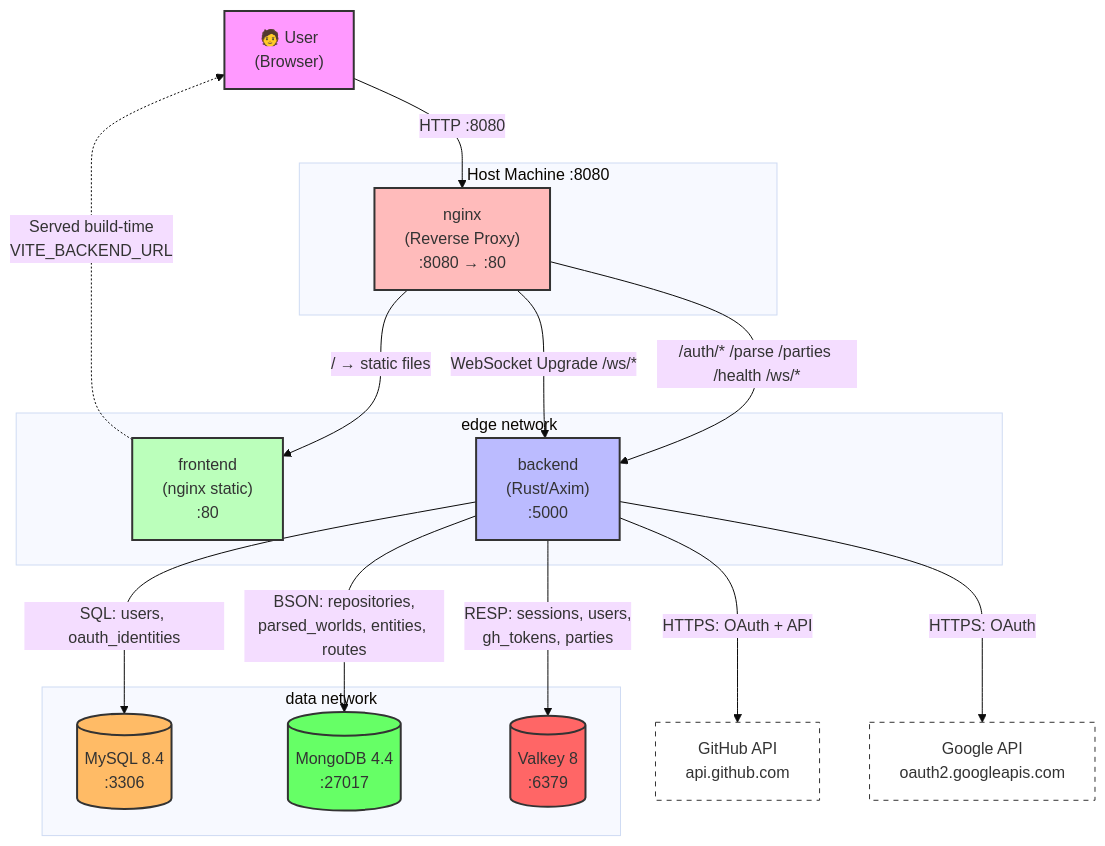
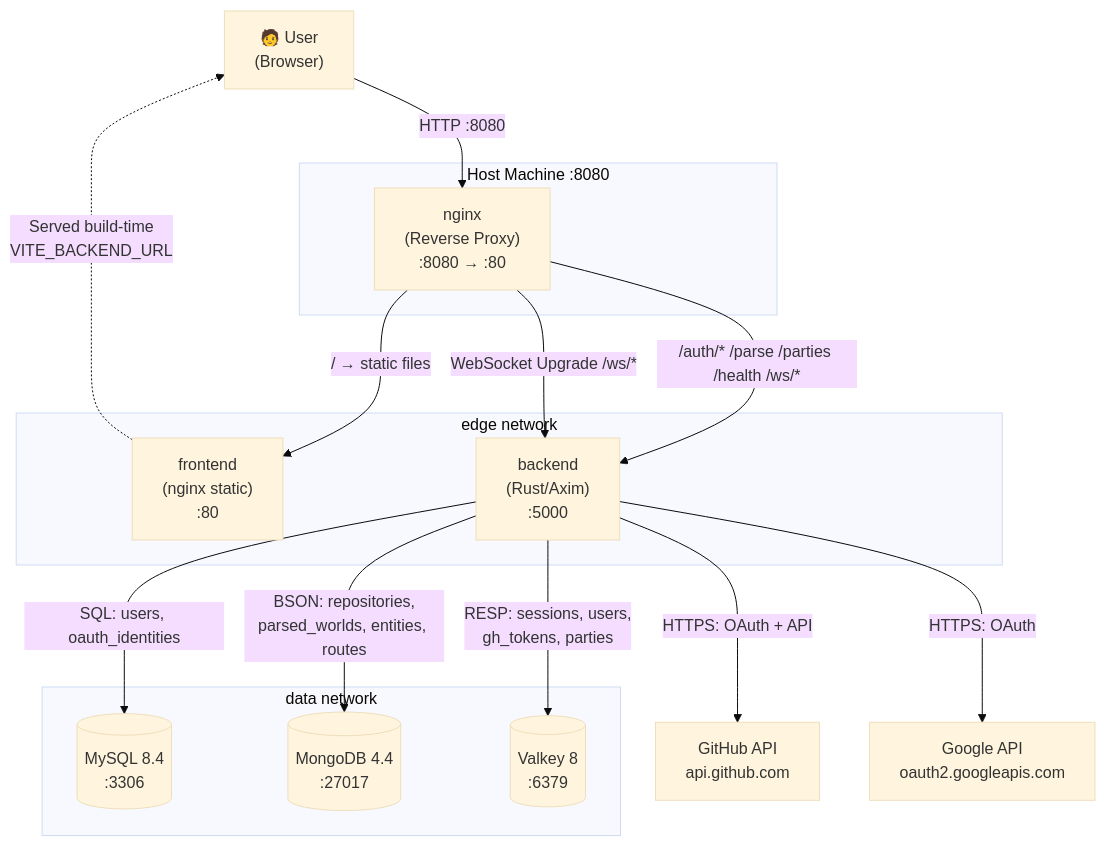
Before and after one commit to Not-Buddy/nilsbohr: the first of 10 diagrams in diagrams/architecture.md, drawn with Mermaid (base theme). The commit also changed other lines of this file and 1 other file, not shown here.

Commit message:
fix to diagrams

````diff
--- a/diagrams/architecture.md
+++ b/diagrams/architecture.md
@@ -26,44 +26,35 @@
 ```mermaid
 graph TB
     User["🧑 User<br/>(Browser)"]
 
     subgraph Host["Host Machine :8080"]
         Nginx["nginx<br/>(Reverse Proxy)<br/>:8080 → :80"]
     end
 
     subgraph Edge["edge network"]
         Nginx
         Frontend["frontend<br/>(nginx static)<br/>:80"]
         Backend["backend<br/>(Rust/Axim)<br/>:5000"]
     end
 
     subgraph Data["data network"]
         Backend
         MySQL[("MySQL 8.4<br/>:3306")]
         MongoDB[("MongoDB 4.4<br/>:27017")]
         Redis[("Valkey 8<br/>:6379")]
     end
 
     User -->|"HTTP :8080"| Nginx
     Nginx -->|"/ → static files"| Frontend
     Nginx -->|"/auth/* /parse /parties /health /ws/*"| Backend
     Nginx -->|"WebSocket Upgrade /ws/*"| Backend
 
     Backend -->|"SQL: users, oauth_identities"| MySQL
     Backend -->|" BSON: repositories,<br/>parsed_worlds, entities, routes"| MongoDB
     Backend -->|"RESP: sessions, users,<br/>gh_tokens, parties"| Redis
     Backend -->|"HTTPS: OAuth + API"| GitHub["GitHub API<br/>api.github.com"]
     Backend -->|"HTTPS: OAuth"| Google["Google API<br/>oauth2.googleapis.com"]
 
     Frontend -.->|"Served build-time<br/>VITE_BACKEND_URL"| User
 
-    style User fill:#f9f,stroke:#333,stroke-width:2px
-    style Nginx fill:#fbb,stroke:#333,stroke-width:2px
-    style Frontend fill:#bfb,stroke:#333,stroke-width:2px
-    style Backend fill:#bbf,stroke:#333,stroke-width:2px
-    style MySQL fill:#fb6,stroke:#333,stroke-width:2px
-    style MongoDB fill:#6f6,stroke:#333,stroke-width:2px
-    style Redis fill:#f66,stroke:#333,stroke-width:2px
-    style GitHub fill:#fff,stroke:#333,stroke-dasharray: 5 5
-    style Google fill:#fff,stroke:#333,stroke-dasharray: 5 5
 ```
````
